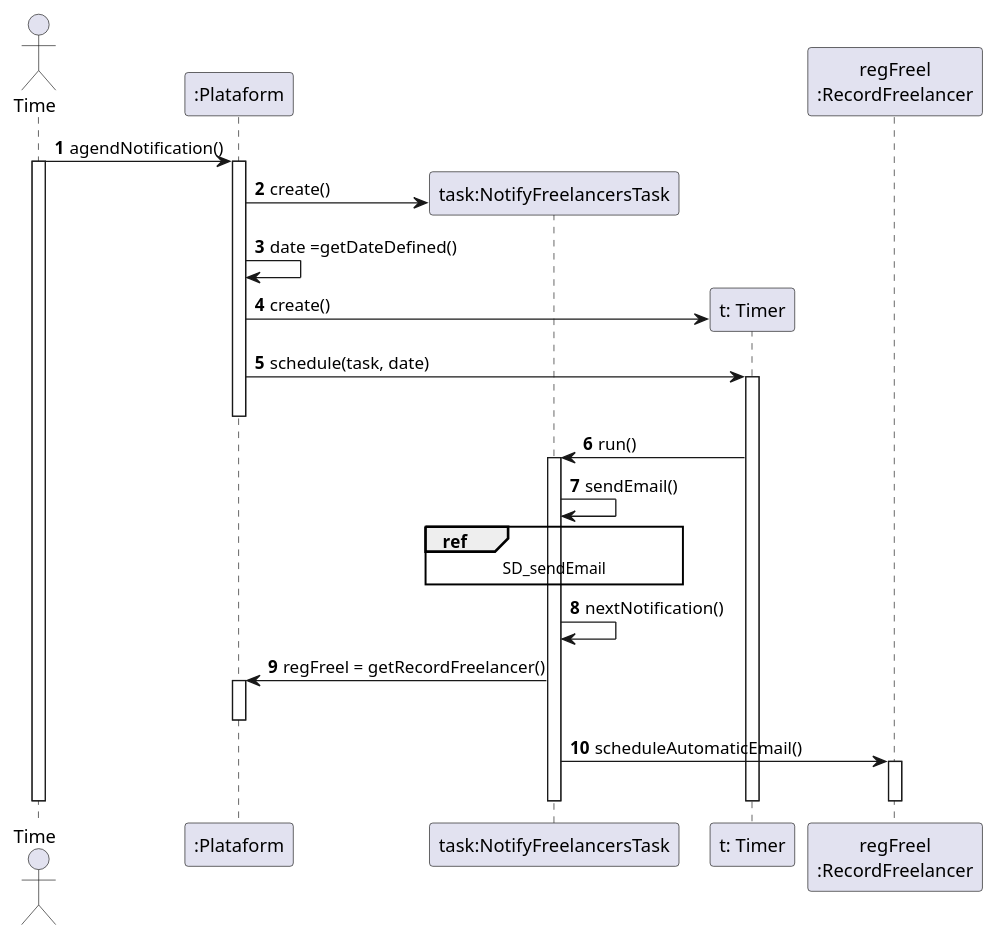
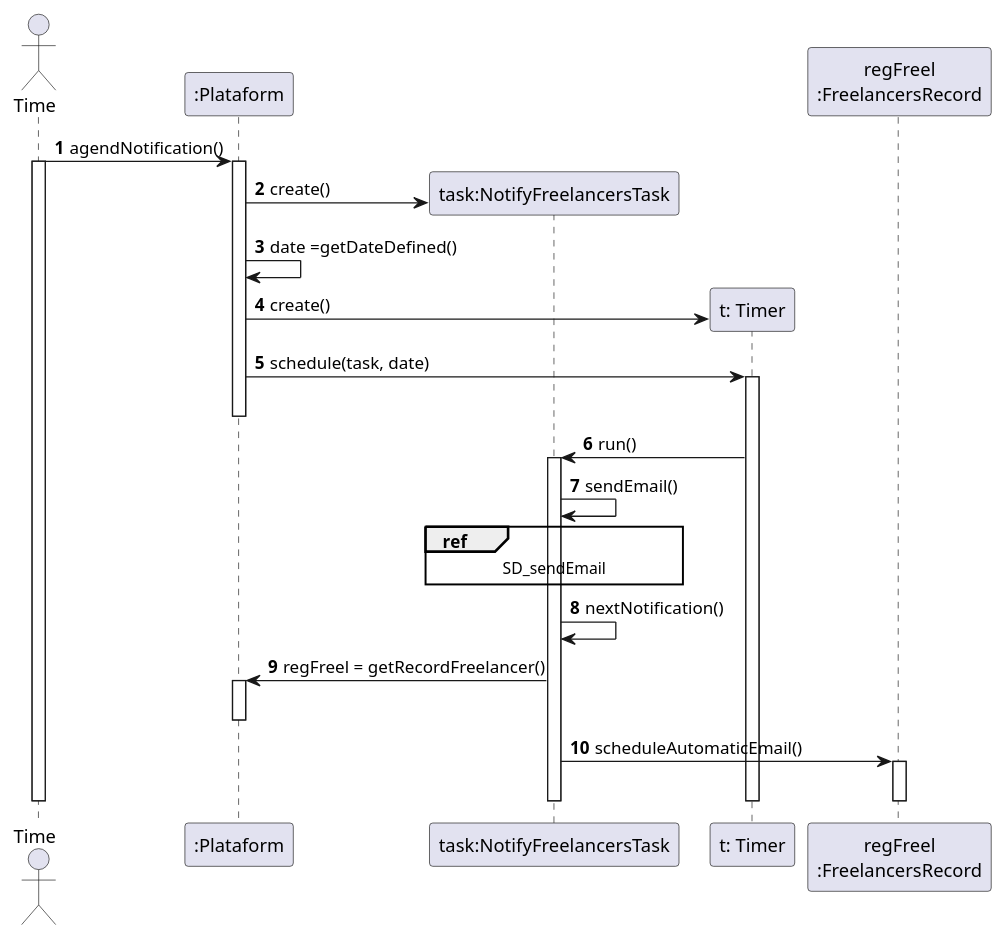
One commit to pedrolemos4/LAPR2 changed the diagram in docs/UC10 - Notify delayed freelancers (automatically)/UC10_SD1.puml. Above: the diagram before and after it, drawn with PlantUML. The commit also changed 9 other files, not shown here.

```diff
--- a/docs/UC10 - Notify delayed freelancers (automatically)/UC10_SD1.puml
+++ b/docs/UC10 - Notify delayed freelancers (automatically)/UC10_SD1.puml
@@ -1,47 +1,47 @@
 @startuml
 autonumber
 
 actor "Time" as TEMPO
 
 participant ":Plataform" as PLAT
 participant "task:NotifyFreelancersTask" as SCAT
 participant "t: Timer" as TIMER
-participant "regFreel\n:RecordFreelancer" as RFREEL
+participant "regFreel\n:FreelancersRecord" as RFREEL
 
 
 TEMPO -> PLAT : agendNotification()
 activate TEMPO
 
 activate PLAT
 PLAT -> SCAT** : create()
 PLAT -> PLAT : date =getDateDefined()
 PLAT -> TIMER** : create()
 PLAT -> TIMER : schedule(task, date)
 activate TIMER
 deactivate PLAT
 
 TIMER -> SCAT : run()
 activate SCAT
 SCAT -> SCAT : sendEmail()
 
 REF over SCAT
 SD_sendEmail
 end REF
 
 SCAT -> SCAT : nextNotification()
 
 
 SCAT -> PLAT : regFreel = getRecordFreelancer()
 activate PLAT
 deactivate PLAT
 
 SCAT -> RFREEL : scheduleAutomaticEmail()
 activate RFREEL
 deactivate RFREEL
 
 deactivate TIMER
 deactivate SCAT
 deactivate TEMPO
 
 
 @enduml
```
